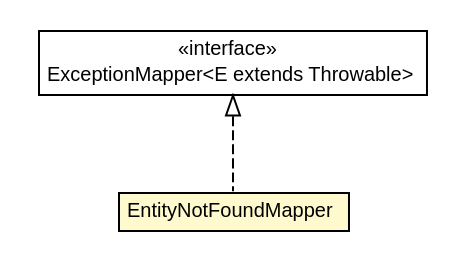
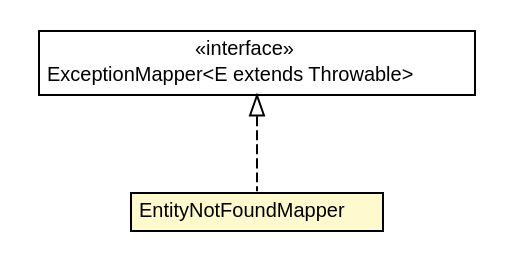
The diagram in doxdb-rest/apidocs/net/trajano/doxdb/rest/EntityNotFoundMapper.dot (trajano/doxdb), drawn with Graphviz before and after one commit. The commit also changed 166 other files, not shown here.

```diff
--- a/doxdb-rest/apidocs/net/trajano/doxdb/rest/EntityNotFoundMapper.dot
+++ b/doxdb-rest/apidocs/net/trajano/doxdb/rest/EntityNotFoundMapper.dot
@@ -1,27 +1,27 @@
 #!/usr/local/bin/dot
 #
 # Class diagram 
 # Generated by UMLGraph version R5_6-24-gf6e263 (http://www.umlgraph.org/)
 #
 
 digraph G {
-	edge [fontname="arial",fontsize=10,labelfontname="arial",labelfontsize=10];
-	node [fontname="arial",fontsize=10,shape=plaintext];
+	edge [fontname="Helvetica",fontsize=10,labelfontname="Helvetica",labelfontsize=10];
+	node [fontname="Helvetica",fontsize=10,shape=plaintext];
 	nodesep=0.25;
 	ranksep=0.5;
 	// net.trajano.doxdb.rest.EntityNotFoundMapper
-	c181 [label=<<table title="net.trajano.doxdb.rest.EntityNotFoundMapper" border="0" cellborder="1" cellspacing="0" cellpadding="2" port="p" bgcolor="lemonChiffon" href="./EntityNotFoundMapper.html">
+	c180 [label=<<table title="net.trajano.doxdb.rest.EntityNotFoundMapper" border="0" cellborder="1" cellspacing="0" cellpadding="2" port="p" bgcolor="lemonChiffon" href="./EntityNotFoundMapper.html">
 		<tr><td><table border="0" cellspacing="0" cellpadding="1">
 <tr><td align="center" balign="center"> EntityNotFoundMapper </td></tr>
 		</table></td></tr>
-		</table>>, URL="./EntityNotFoundMapper.html", fontname="arial", fontcolor="black", fontsize=10.0];
+		</table>>, URL="./EntityNotFoundMapper.html", fontname="Helvetica", fontcolor="black", fontsize=10.0];
 	//net.trajano.doxdb.rest.EntityNotFoundMapper implements javax.ws.rs.ext.ExceptionMapper<E extends java.lang.Throwable>
-	c185:p -> c181:p [dir=back,arrowtail=empty,style=dashed];
+	c185:p -> c180:p [dir=back,arrowtail=empty,style=dashed];
 	// javax.ws.rs.ext.ExceptionMapper<E extends java.lang.Throwable>
 	c185 [label=<<table title="javax.ws.rs.ext.ExceptionMapper" border="0" cellborder="1" cellspacing="0" cellpadding="2" port="p" href="http://java.sun.com/j2se/1.4.2/docs/api/javax/ws/rs/ext/ExceptionMapper.html">
 		<tr><td><table border="0" cellspacing="0" cellpadding="1">
 <tr><td align="center" balign="center"> &#171;interface&#187; </td></tr>
 <tr><td align="center" balign="center"> ExceptionMapper&lt;E extends Throwable&gt; </td></tr>
 		</table></td></tr>
-		</table>>, URL="http://java.sun.com/j2se/1.4.2/docs/api/javax/ws/rs/ext/ExceptionMapper.html", fontname="arial", fontcolor="black", fontsize=10.0];
+		</table>>, URL="http://java.sun.com/j2se/1.4.2/docs/api/javax/ws/rs/ext/ExceptionMapper.html", fontname="Helvetica", fontcolor="black", fontsize=10.0];
 }
```
